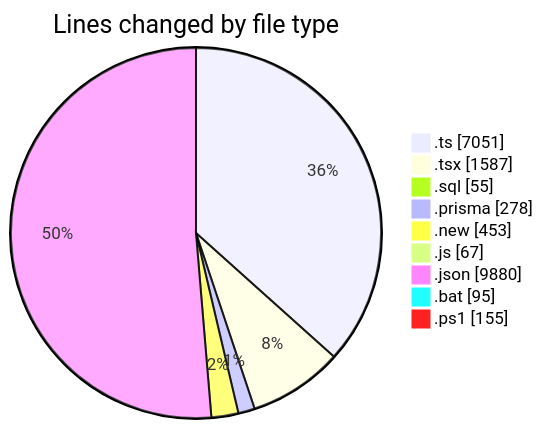
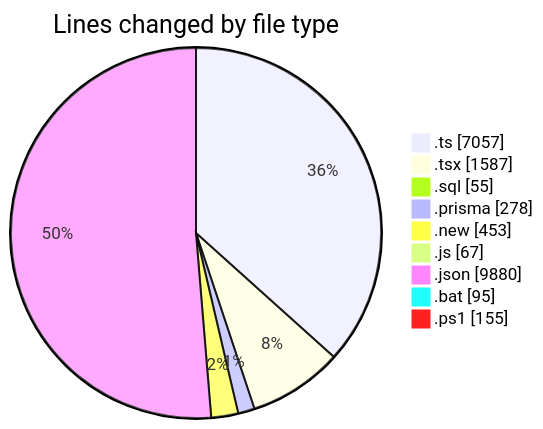
The first of 2 diagrams in 2025-06-03/ecodeli-1/README.md (CELIANVF/code-tracking), drawn with Mermaid before and after one commit. The commit also changed other lines of this file and 1 other file, not shown here.

````diff
--- a/2025-06-03/ecodeli-1/README.md
+++ b/2025-06-03/ecodeli-1/README.md
@@ -58,13 +58,13 @@
 ```mermaid
 pie showData
 title Lines changed by file type
-".ts" : 7051
+".ts" : 7057
 ".tsx" : 1587
 ".sql" : 55
 ".prisma" : 278
 ".new" : 453
 ".js" : 67
 ".json" : 9880
 ".bat" : 95
 ".ps1" : 155
 ```
````
